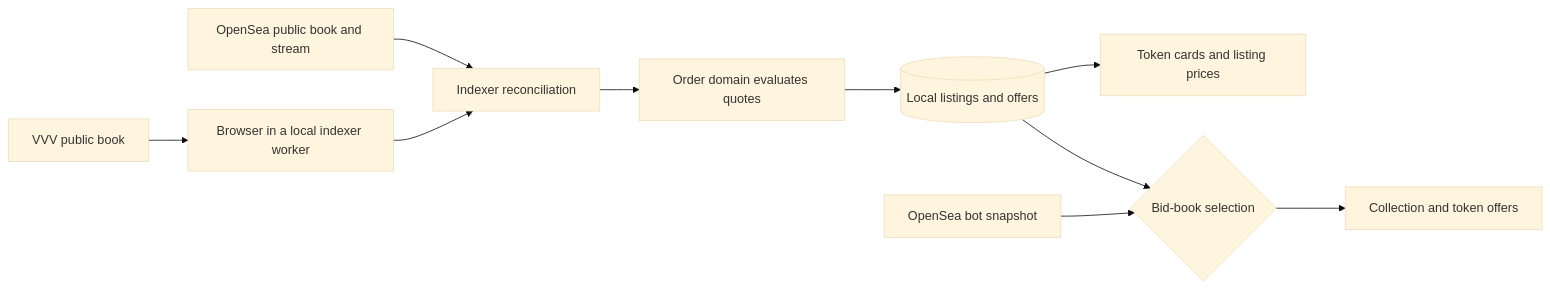
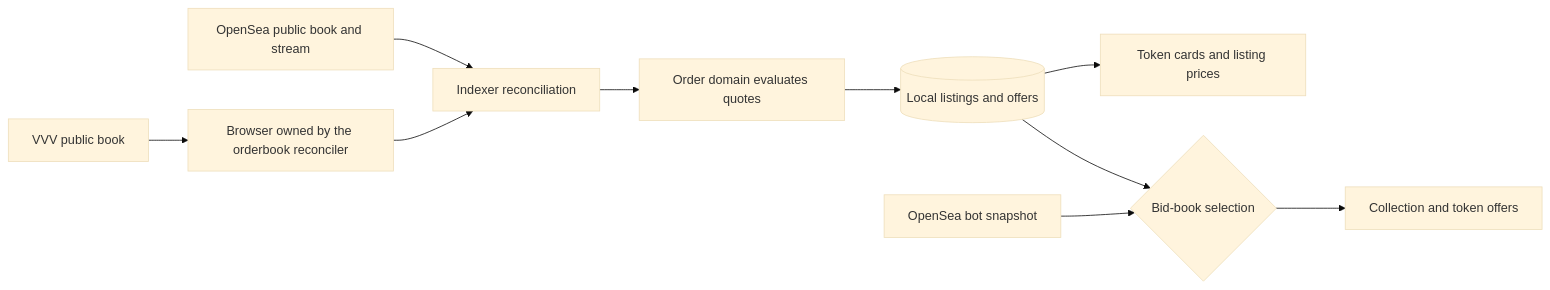
One commit to d347h-eth/artgod changed the diagram in docs/indexer/21-multiple-orderbooks.md. Above: the diagram before and after it, drawn with Mermaid (base theme). The commit also changed other lines of this file and 2 other files, not shown here.

Commit message:
docs(indexer): share the orderbook workers and define idle startup

````diff
--- a/docs/indexer/21-multiple-orderbooks.md
+++ b/docs/indexer/21-multiple-orderbooks.md
@@ -12,12 +13,12 @@
 ```mermaid
 flowchart LR
     OS[OpenSea public book and stream] --> Sync[Indexer reconciliation]
-    VVV[VVV public book] --> Browser[Browser in a local indexer worker]
+    VVV[VVV public book] --> Browser[Browser owned by the orderbook reconciler]
     Browser --> Sync
     Sync --> Orders[Order domain evaluates quotes]
     Orders --> Local[(Local listings and offers)]
     Local --> Listings[Token cards and listing prices]
     Local --> Select{Bid-book selection}
     Bot[OpenSea bot snapshot] --> Select
     Select --> Offers[Collection and token offers]
 ```
````
